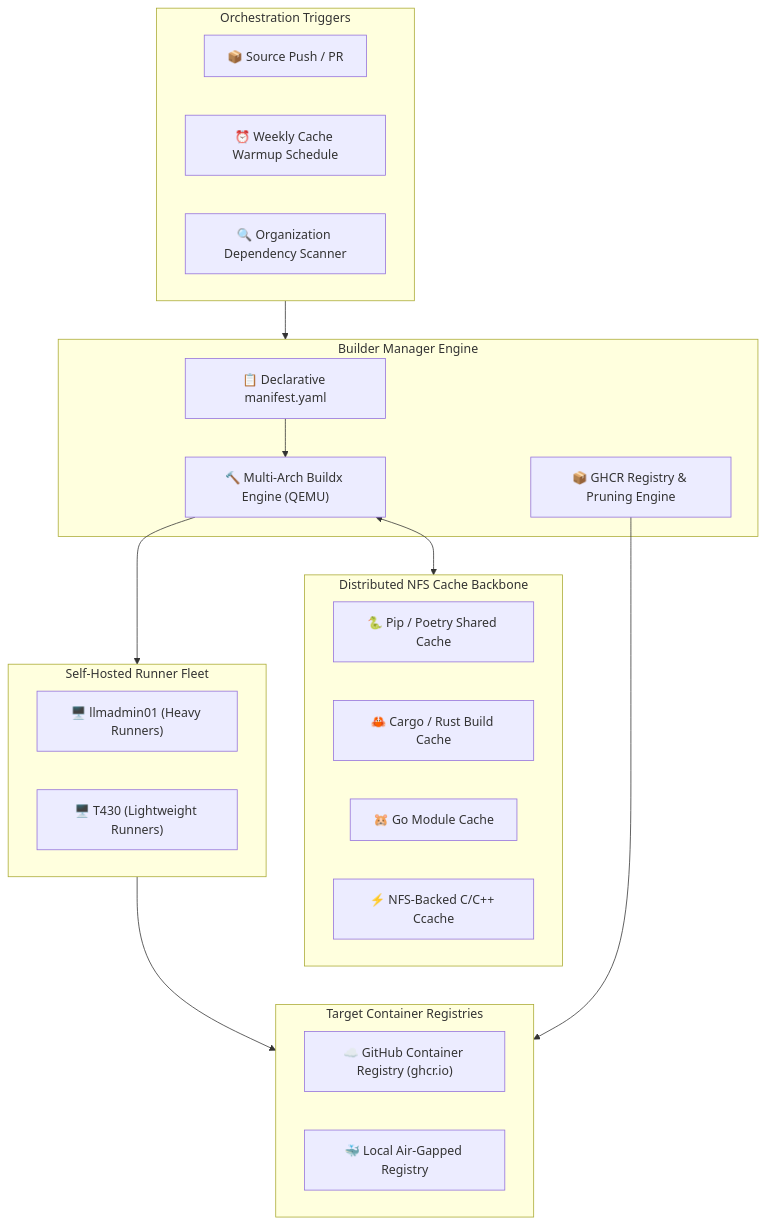
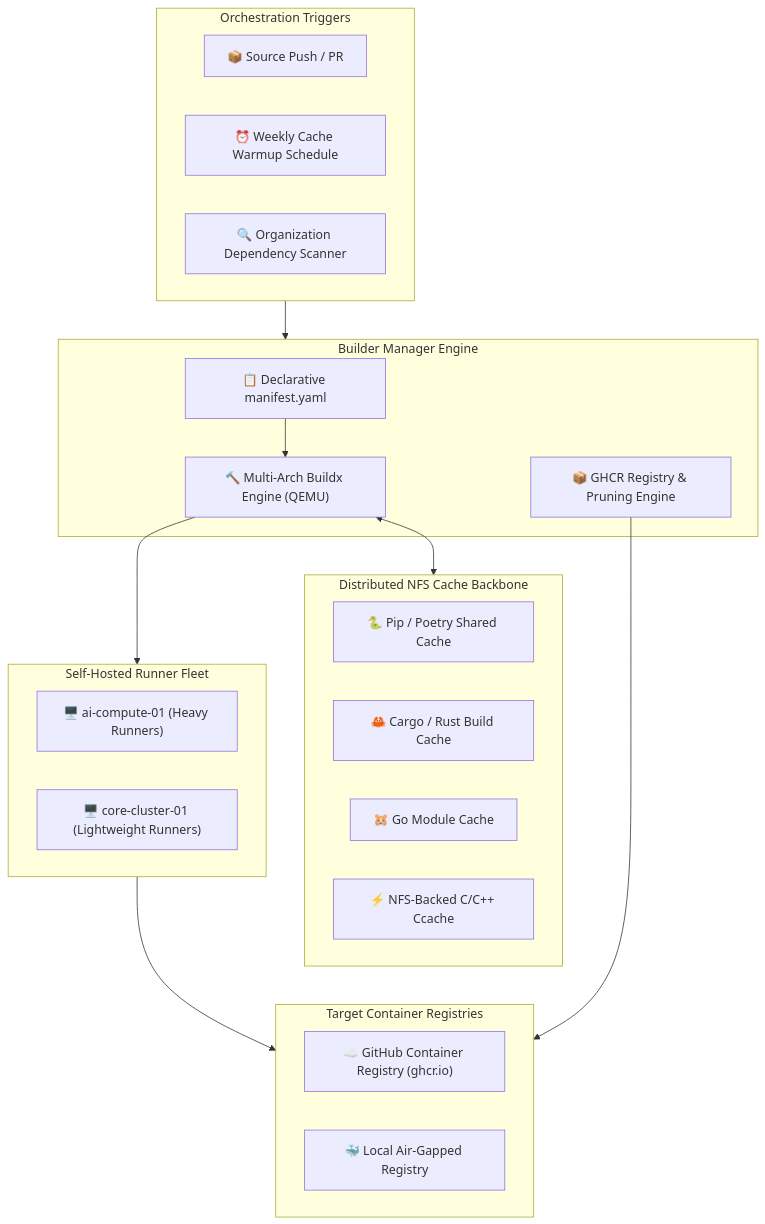
The first of 2 diagrams in content/Projects/Infrastructure-and-CICD/Builder_Manager_OCI_Pipeline.md (rpdev-cdn/iamrp.dev), drawn with Mermaid before and after one commit. The commit also changed other lines of this file and 220 other files, not shown here.

````diff
--- a/content/Projects/Infrastructure-and-CICD/Builder_Manager_OCI_Pipeline.md
+++ b/content/Projects/Infrastructure-and-CICD/Builder_Manager_OCI_Pipeline.md
@@ -23,38 +23,38 @@
 ```mermaid
 flowchart TD
     subgraph Trigger["Orchestration Triggers"]
         Push["📦 Source Push / PR"]
         Cron["⏰ Weekly Cache Warmup Schedule"]
         Scanner["🔍 Organization Dependency Scanner"]
     end
 
     subgraph Controller["Builder Manager Engine"]
         Manifest["📋 Declarative manifest.yaml"]
         Buildx["🔨 Multi-Arch Buildx Engine (QEMU)"]
         GHCRManager["📦 GHCR Registry & Pruning Engine"]
     end
 
     subgraph Storage["Distributed NFS Cache Backbone"]
         PipCache["🐍 Pip / Poetry Shared Cache"]
         CargoCache["🦀 Cargo / Rust Build Cache"]
         GoCache["🐹 Go Module Cache"]
         Ccache["⚡ NFS-Backed C/C++ Ccache"]
     end
 
     subgraph Fleet["Self-Hosted Runner Fleet"]
-        Runner1["🖥️ llmadmin01 (Heavy Runners)"]
-        Runner2["🖥️ T430 (Lightweight Runners)"]
+        Runner1["🖥️ ai-compute-01 (Heavy Runners)"]
+        Runner2["🖥️ core-cluster-01 (Lightweight Runners)"]
     end
 
     subgraph Registries["Target Container Registries"]
         GHCR["☁️ GitHub Container Registry (ghcr.io)"]
         LocalReg["🐳 Local Air-Gapped Registry"]
     end
 
     Trigger --> Controller
     Manifest --> Buildx
     Buildx <--> Storage
     Buildx --> Fleet
     Fleet --> Registries
     GHCRManager --> Registries
 ```
````
